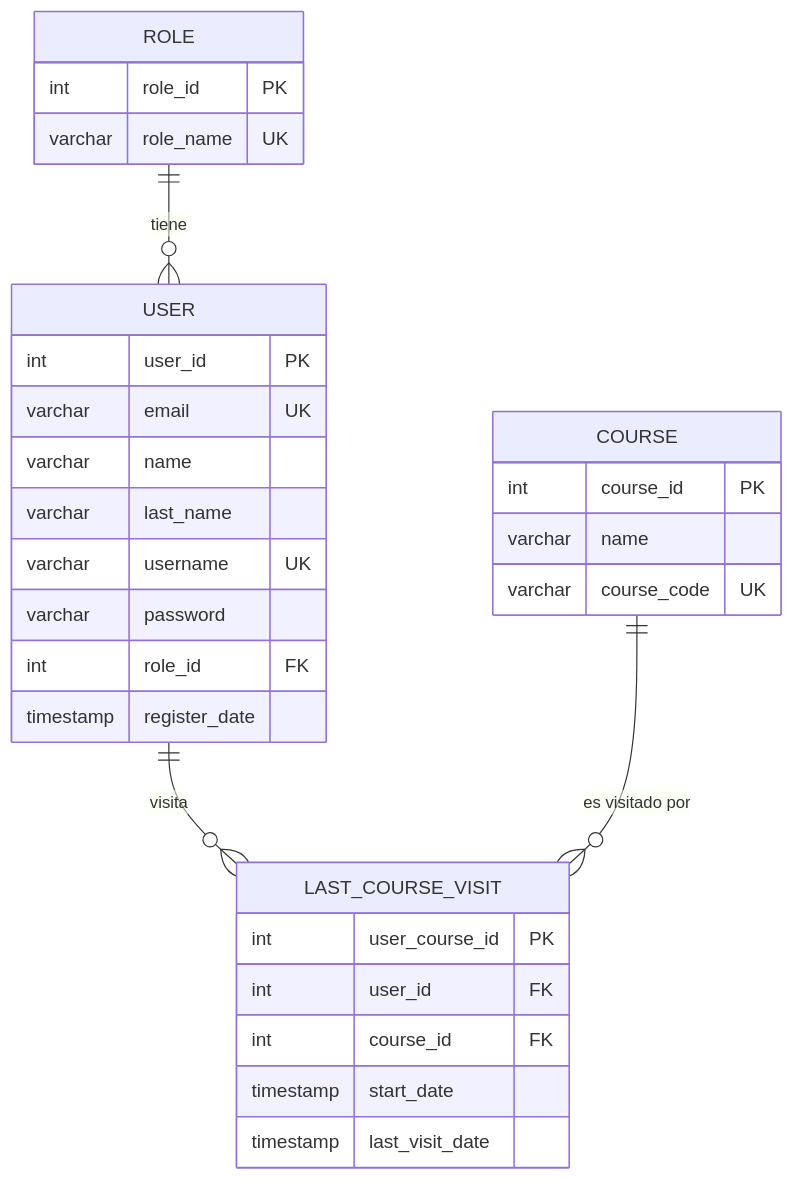
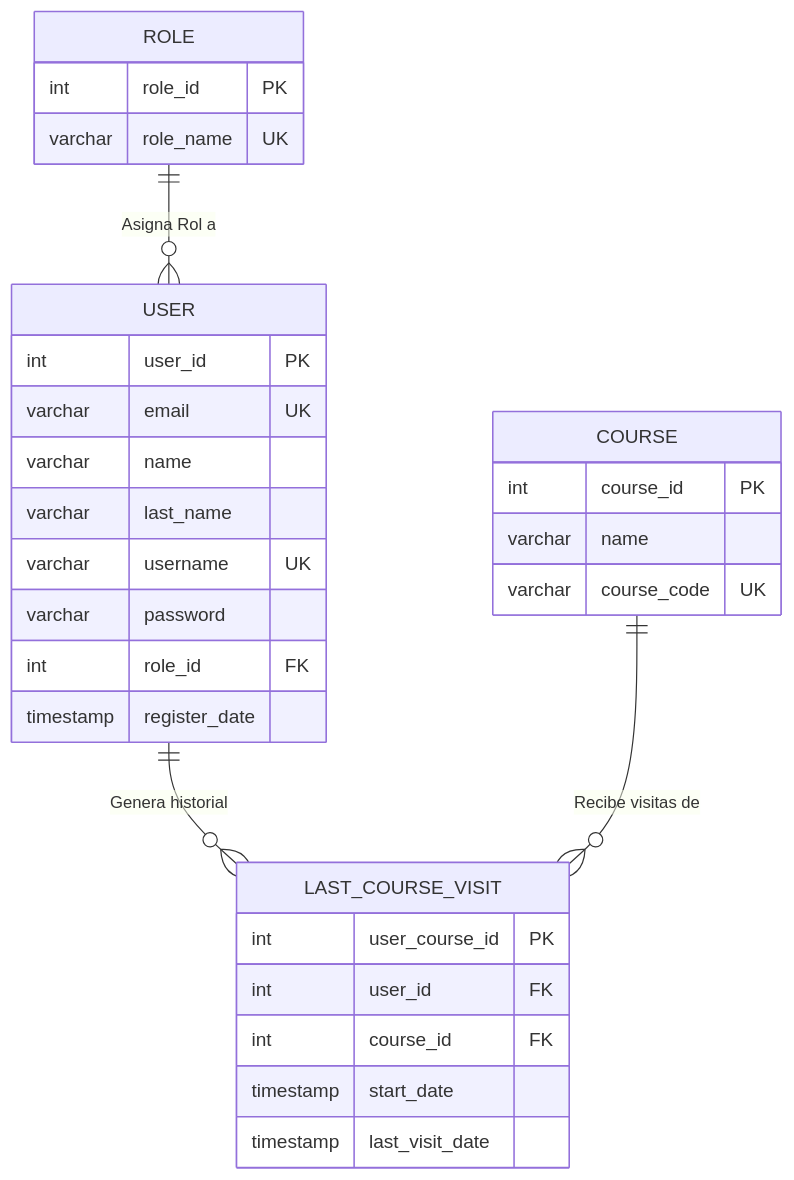
Before and after one commit to ccUnicode/UniOpenCourse: the diagram in apps/docs/users/Base de Datos.md, drawn with Mermaid. The commit also changed other lines of this file and 2 other files, not shown here.

````diff
--- a/apps/docs/users/Base de Datos.md
+++ b/apps/docs/users/Base de Datos.md
@@ -112,36 +88,36 @@
 ```mermaid
 erDiagram
     ROLE {
         int role_id PK
         varchar role_name UK
     }
 
     USER {
         int user_id PK
         varchar email UK
         varchar name
         varchar last_name
         varchar username UK
         varchar password
         int role_id FK
         timestamp register_date
     }
 
     LAST_COURSE_VISIT {
         int user_course_id PK
         int user_id FK
         int course_id FK
         timestamp start_date
         timestamp last_visit_date
     }
 
     COURSE {
         int course_id PK
         varchar name
         varchar course_code UK
     }
 
-    ROLE ||--o{ USER : "tiene"
-    USER ||--o{ LAST_COURSE_VISIT : "visita"
-    COURSE ||--o{ LAST_COURSE_VISIT : "es visitado por"
+    ROLE ||--o{ USER : "Asigna Rol a"
+    USER ||--o{ LAST_COURSE_VISIT : "Genera historial"
+    COURSE ||--o{ LAST_COURSE_VISIT : "Recibe visitas de"
 ```
````
